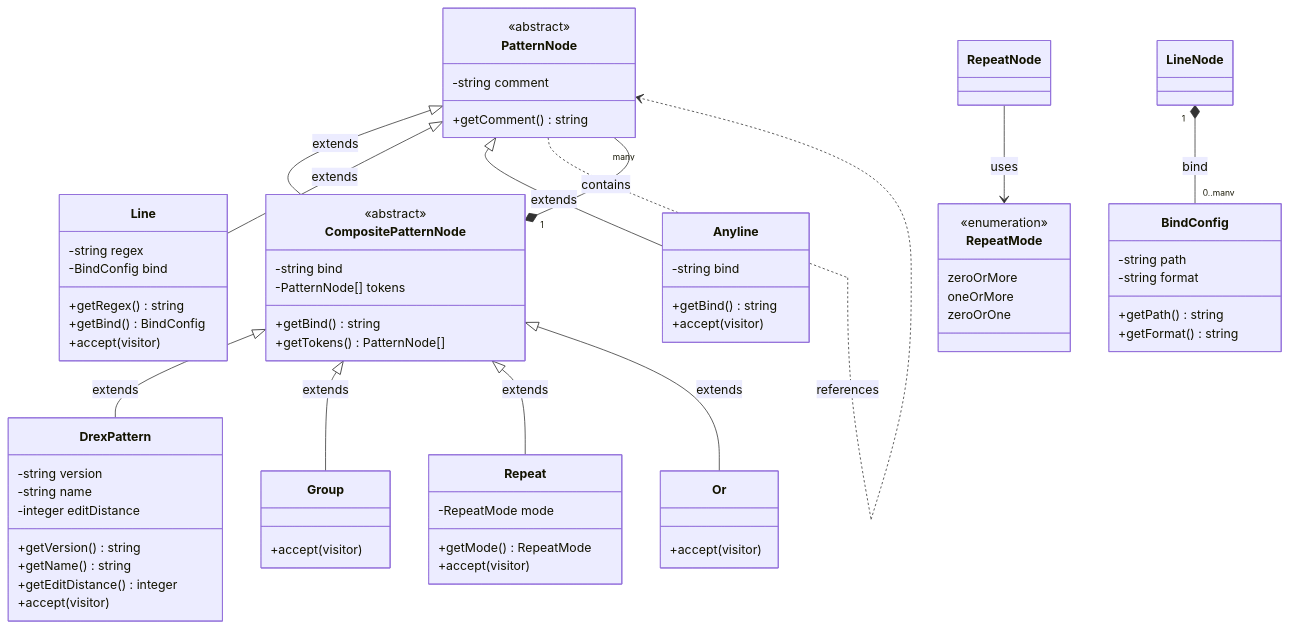
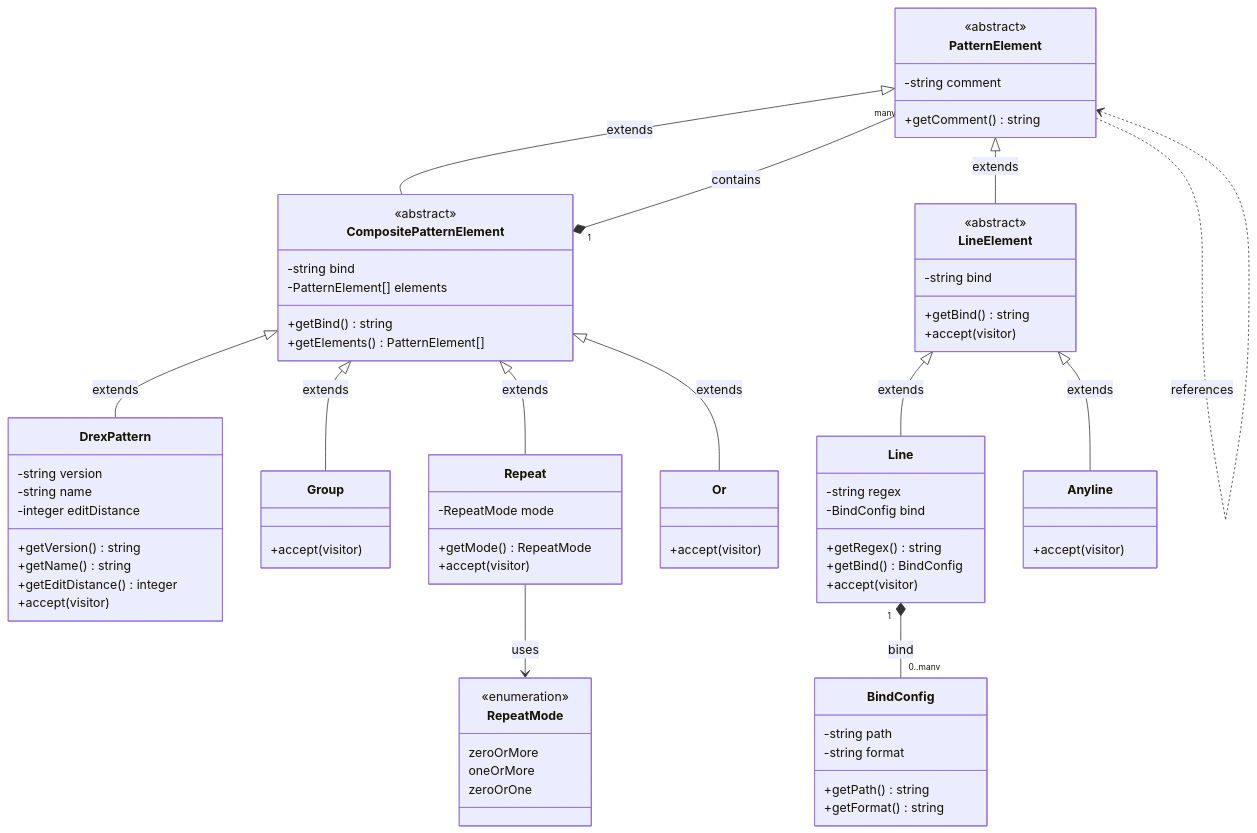
One commit to evillrich/drex-java changed the diagram in docs/drex_pattern_classes.mermaid. Above: the diagram before and after it, drawn with Mermaid. The commit also changed 3 other files, not shown here.

Commit message:
More updates to pattern schema

```diff
--- a/docs/drex_pattern_classes.mermaid
+++ b/docs/drex_pattern_classes.mermaid
@@ -1,84 +1,91 @@
 classDiagram
-    class PatternNode {
+    class PatternElement {
         <<abstract>>
         -string comment
         +getComment() string
     }
 
-    class CompositePatternNode {
+    class CompositePatternElement {
         <<abstract>>
         -string bind
-        -PatternNode[] tokens
+        -PatternElement[] elements
         +getBind() string
-        +getTokens() PatternNode[]
+        +getElements() PatternElement[]
     }
 
     class DrexPattern {
         -string version
         -string name
         -integer editDistance
         +getVersion() string
         +getName() string
         +getEditDistance() integer
         +accept(visitor)
     }
 
     class Group {
         +accept(visitor)
     }
 
     class Repeat {
         -RepeatMode mode
         +getMode() RepeatMode
         +accept(visitor)
     }
 
     class Or {
         +accept(visitor)
     }
 
+    class LineElement {
+        <<abstract>>
+        -string bind
+        +getBind() string
+        +accept(visitor)
+    }
+
     class Line {
         -string regex
         -BindConfig bind
         +getRegex() string
         +getBind() BindConfig
         +accept(visitor)
     }
 
     class Anyline {
-        -string bind
-        +getBind() string
         +accept(visitor)
     }
 
     class RepeatMode {
         <<enumeration>>
         zeroOrMore
         oneOrMore
         zeroOrOne
     }
 
     class BindConfig {
         -string path
         -string format
         +getPath() string
         +getFormat() string
     }
 
 %% Relationships
-    PatternNode <|-- CompositePatternNode : extends
-    PatternNode <|-- Line : extends
-    PatternNode <|-- Anyline : extends
+    PatternElement <|-- CompositePatternElement : extends
+    PatternElement <|-- LineElement : extends
 
-    CompositePatternNode <|-- DrexPattern : extends
-    CompositePatternNode <|-- Group : extends
-    CompositePatternNode <|-- Repeat : extends
-    CompositePatternNode <|-- Or : extends
+    CompositePatternElement <|-- DrexPattern : extends
+    CompositePatternElement <|-- Group : extends
+    CompositePatternElement <|-- Repeat : extends
+    CompositePatternElement <|-- Or : extends
 
-    CompositePatternNode "1" *-- "many" PatternNode : contains
+    LineElement <|-- Line : extends
+    LineElement <|-- Anyline : extends
 
-    RepeatNode --> RepeatMode : uses
-    LineNode "1" *-- "0..many" BindConfig : bind
+    CompositePatternElement "1" *-- "many" PatternElement : contains
+
+    Repeat --> RepeatMode : uses
+    Line "1" *-- "0..many" BindConfig : bind
 
 %% Self-referencing for recursive structure
-    PatternNode ..> PatternNode : references
+    PatternElement ..> PatternElement : references
```
